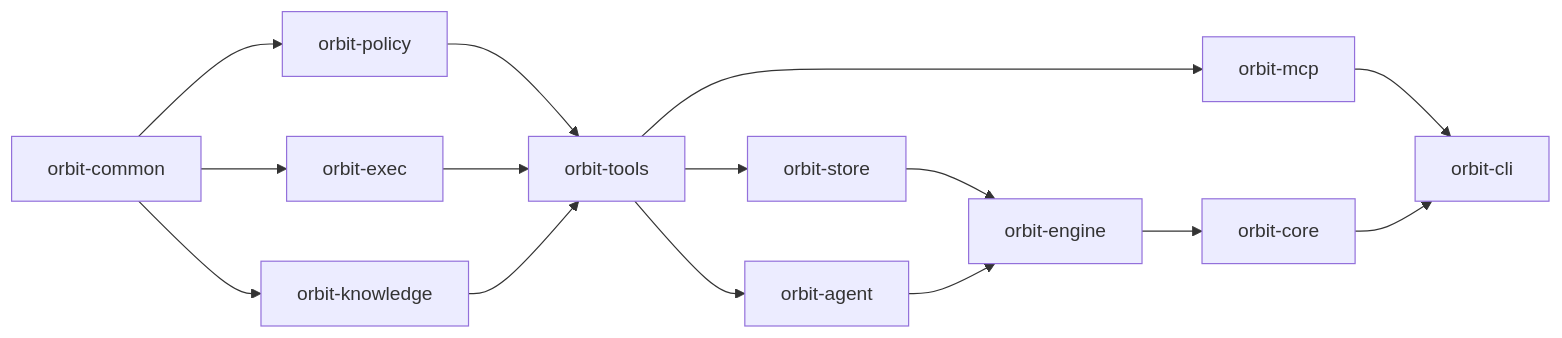
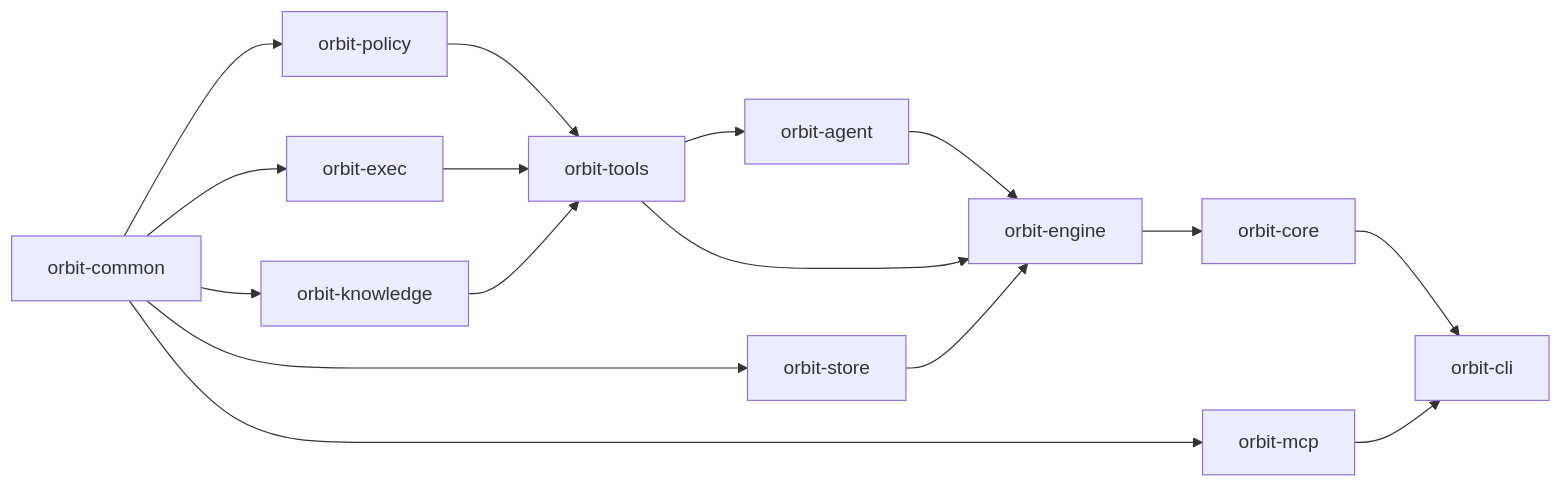
One commit to danieljhkim/orbit-agentic-workflow changed the diagram in website/src/content/docs/architecture/index.md. Above: the diagram before and after it, drawn with Mermaid. The commit also changed other lines of this file and 9 other files, not shown here.

````diff
--- a/website/src/content/docs/architecture/index.md
+++ b/website/src/content/docs/architecture/index.md
@@ -12,17 +12,18 @@
 ```mermaid
 flowchart LR
   Common["orbit-common"] --> Policy["orbit-policy"]
   Common --> Exec["orbit-exec"]
   Common --> Knowledge["orbit-knowledge"]
+  Common --> Store["orbit-store"]
+  Common --> MCP["orbit-mcp"]
   Policy --> Tools["orbit-tools"]
   Exec --> Tools
   Knowledge --> Tools
-  Tools --> Store["orbit-store"]
   Tools --> Agent["orbit-agent"]
-  Store --> Engine["orbit-engine"]
+  Tools --> Engine["orbit-engine"]
+  Store --> Engine
   Agent --> Engine
   Engine --> Core["orbit-core"]
-  Tools --> MCP["orbit-mcp"]
-  MCP --> CLI["orbit-cli"]
-  Core --> CLI
+  Core --> CLI["orbit-cli"]
+  MCP --> CLI
 ```
````
